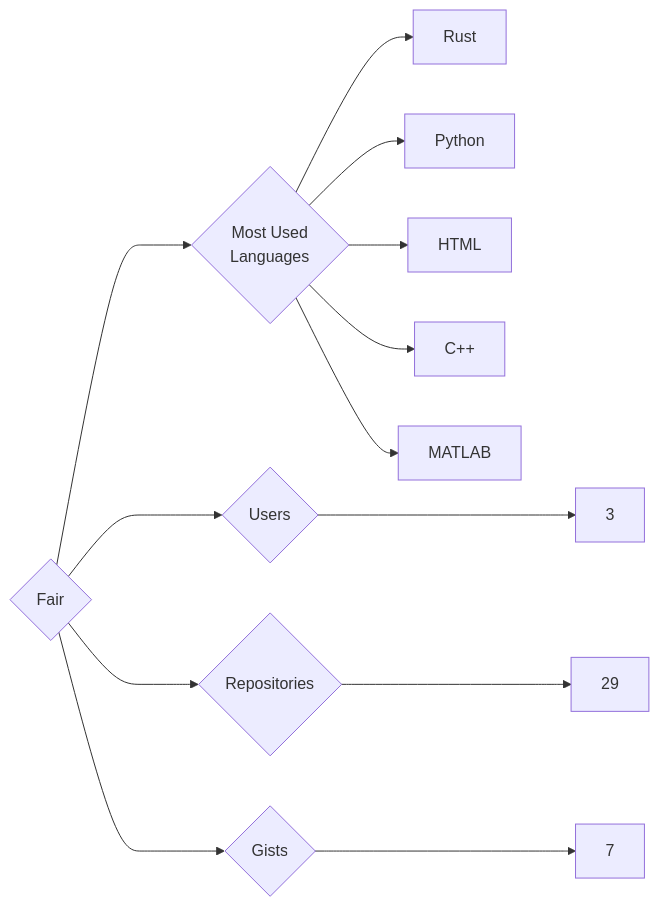
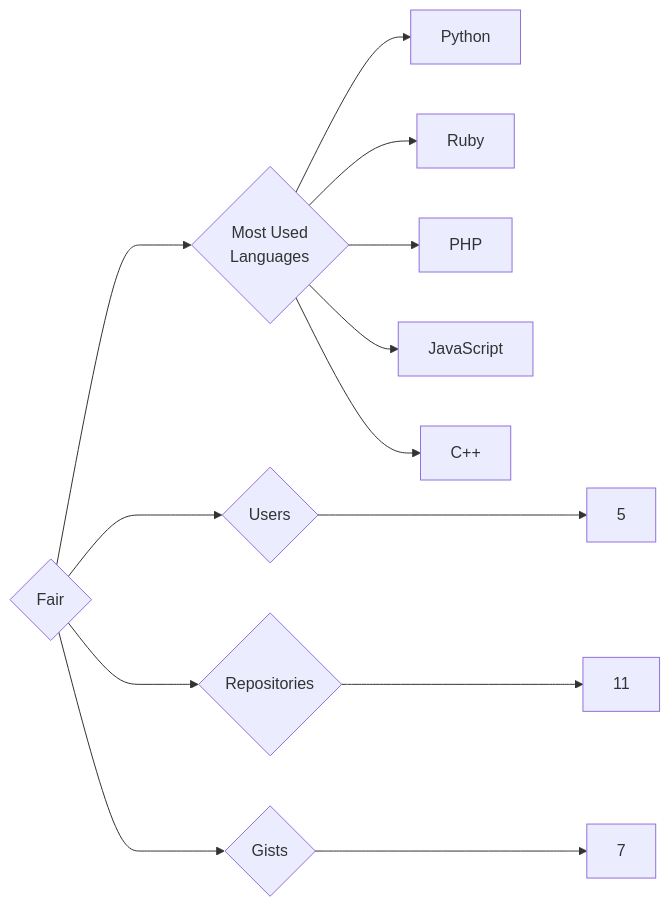
Before and after one commit to trickest/insiders: the diagram in targets/Fair/README.md, drawn with Mermaid. The commit also changed 837 other files, not shown here.

````diff
--- a/targets/Fair/README.md
+++ b/targets/Fair/README.md
@@ -3,13 +3,13 @@
 ```mermaid
 graph LR
 COMPANY_NAME{Fair}
-COMPANY_NAME ---> U{Users} ---> UN[3]
-COMPANY_NAME ---> R{Repositories} ---> RN[29]
+COMPANY_NAME ---> U{Users} ---> UN[5]
+COMPANY_NAME ---> R{Repositories} ---> RN[11]
 COMPANY_NAME ---> G{Gists} ---> GN[7]
 COMPANY_NAME ---> ML{Most Used<br>Languages}
-ML --> Rust[Rust]
 ML --> Python[Python]
-ML --> HTML[HTML]
+ML --> Ruby[Ruby]
+ML --> PHP[PHP]
+ML --> JavaScript[JavaScript]
 ML --> C++[C++]
-ML --> MATLAB[MATLAB]
 ```
````
